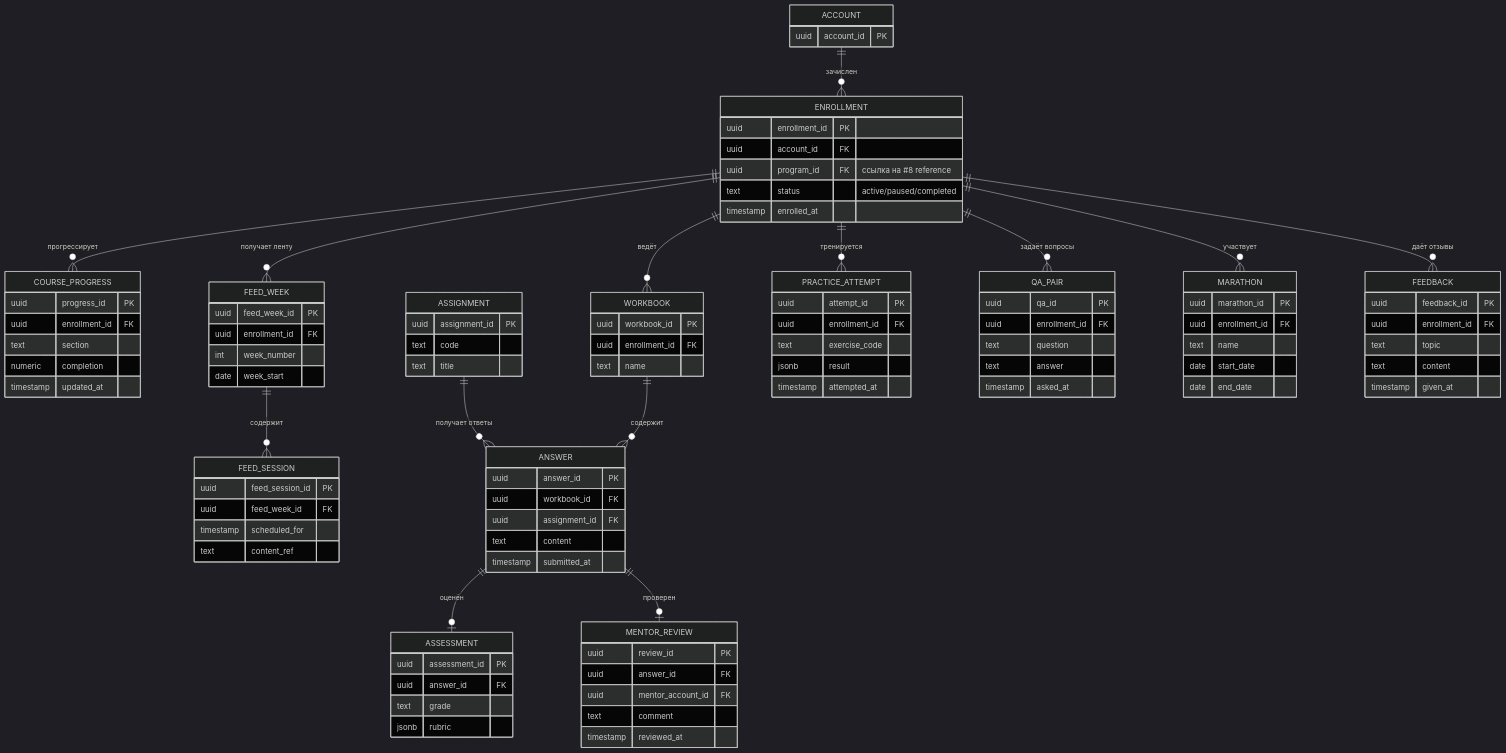
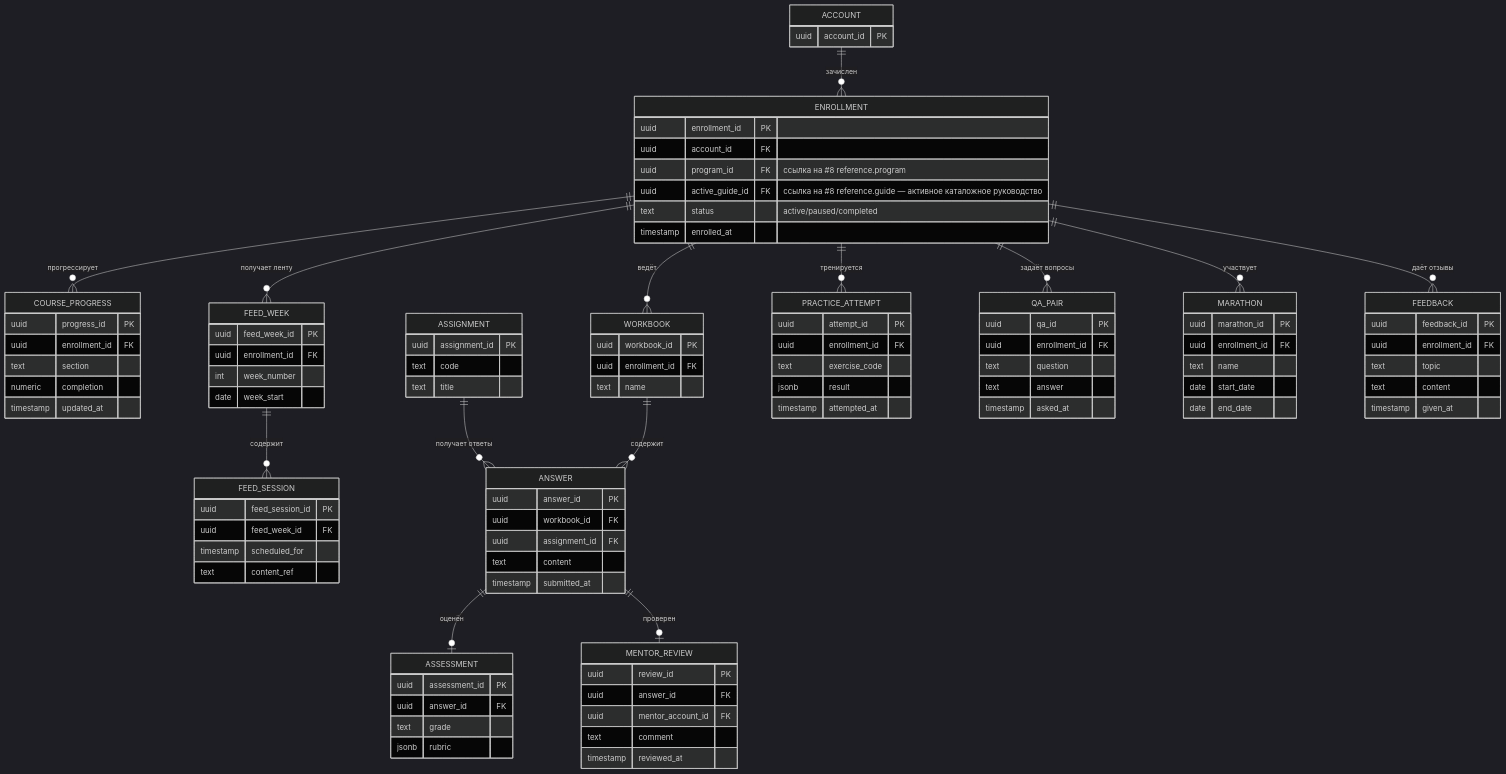
One commit to TserenTserenov/PACK-digital-platform changed the seventh of 17 diagrams in pack/digital-platform/02-domain-entities/DP.ARCH.004-neon-data-architecture.md. Above: the diagram before and after it, drawn with Mermaid (dark theme). The commit also changed other lines of this file and 2 other files, not shown here.

```diff
--- a/pack/digital-platform/02-domain-entities/DP.ARCH.004-neon-data-architecture.md
+++ b/pack/digital-platform/02-domain-entities/DP.ARCH.004-neon-data-architecture.md
@@ -638,7 +688,8 @@
     ENROLLMENT {
         uuid enrollment_id PK
         uuid account_id FK
-        uuid program_id FK "ссылка на #8 reference"
+        uuid program_id FK "ссылка на #8 reference.program"
+        uuid active_guide_id FK "ссылка на #8 reference.guide — активное каталожное руководство"
         text status "active/paused/completed"
         timestamp enrolled_at
     }
```
